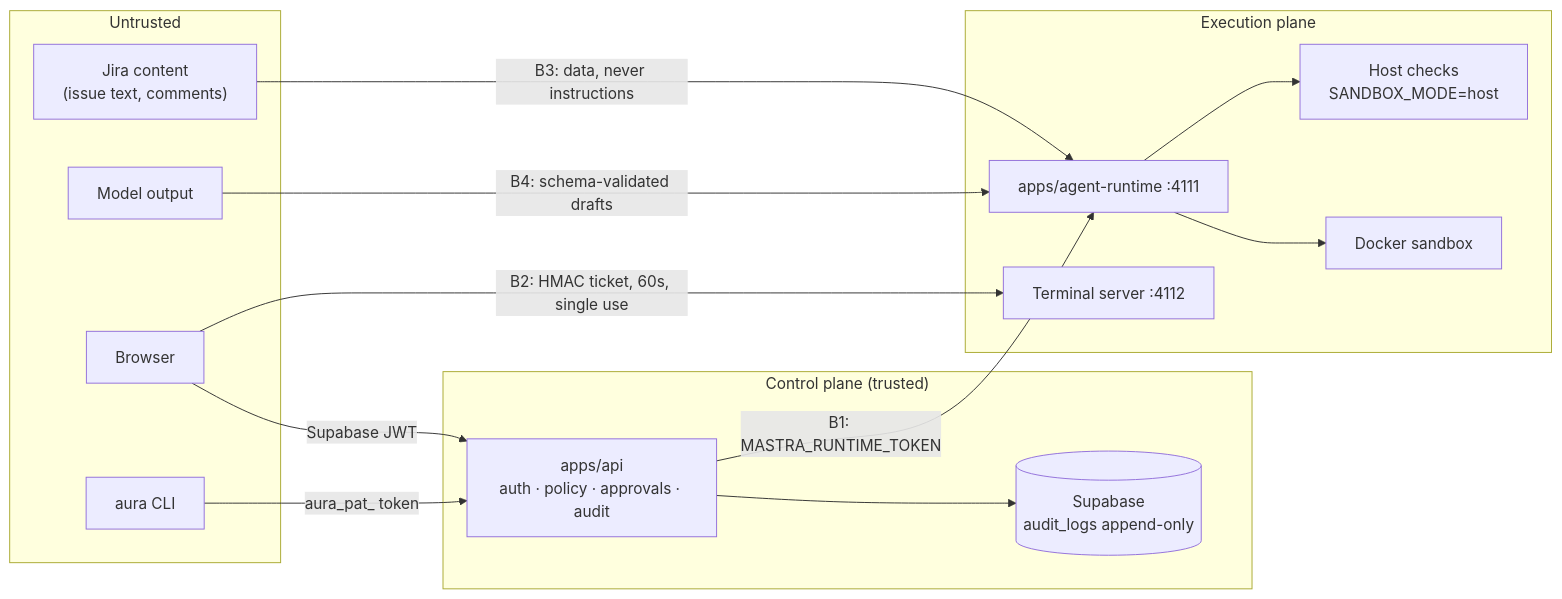
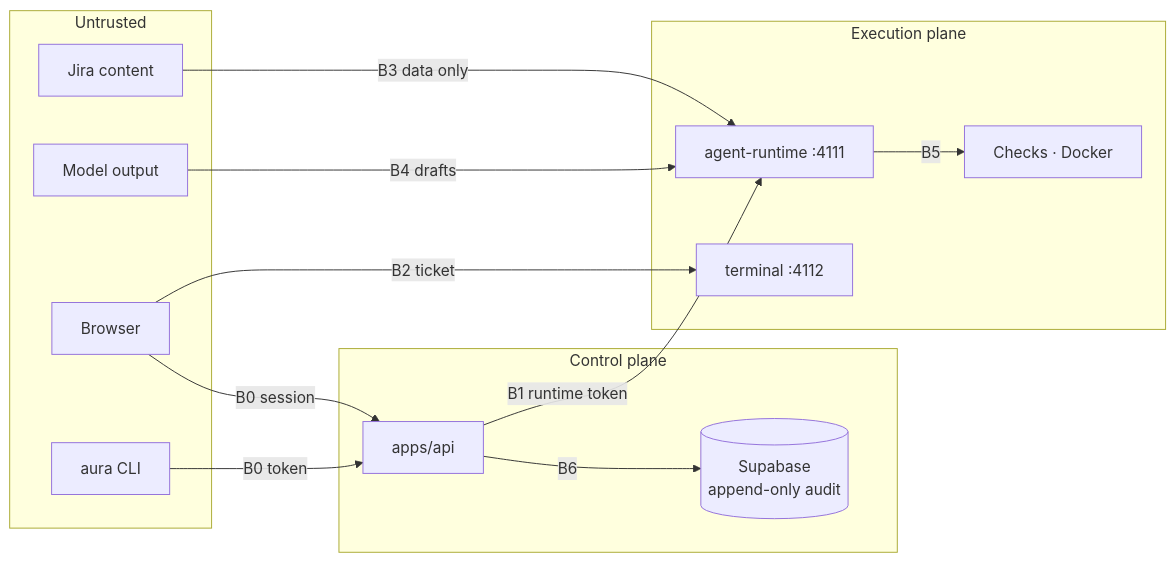
Before and after one commit to HasithaErandika/aura: the first of 2 diagrams in docs/security/threat-model.md, drawn with Mermaid. The commit also changed other lines of this file and 19 other files, not shown here.

````diff
--- a/docs/security/threat-model.md
+++ b/docs/security/threat-model.md
@@ -14,31 +17,26 @@
 ```mermaid
 flowchart LR
     subgraph U["Untrusted"]
         B["Browser"]
         CLI["aura CLI"]
-        J["Jira content<br/>(issue text, comments)"]
+        J["Jira content"]
         M["Model output"]
     end
-
-    subgraph C["Control plane (trusted)"]
-        API["apps/api<br/>auth · policy · approvals · audit"]
-        DB[("Supabase<br/>audit_logs append-only")]
+    subgraph C["Control plane"]
+        API["apps/api"]
+        DB[("Supabase<br/>append-only audit")]
     end
-
     subgraph R["Execution plane"]
-        RT["apps/agent-runtime :4111"]
-        TERM["Terminal server :4112"]
-        HOST["Host checks<br/>SANDBOX_MODE=host"]
-        DOCK["Docker sandbox"]
+        RT["agent-runtime :4111"]
+        TERM["terminal :4112"]
+        SB["Checks · Docker"]
     end
-
-    B -->|"Supabase JWT"| API
-    CLI -->|"aura_pat_ token"| API
-    API -->|"B1: MASTRA_RUNTIME_TOKEN"| RT
-    B -->|"B2: HMAC ticket, 60s, single use"| TERM
-    API --> DB
-    J -->|"B3: data, never instructions"| RT
-    M -->|"B4: schema-validated drafts"| RT
-    RT --> HOST
-    RT --> DOCK
+    B -->|"B0 session"| API
+    CLI -->|"B0 token"| API
+    API -->|"B1 runtime token"| RT
+    B -->|"B2 ticket"| TERM
+    J -->|"B3 data only"| RT
+    M -->|"B4 drafts"| RT
+    RT -->|"B5"| SB
+    API -->|"B6"| DB
 ```
````
